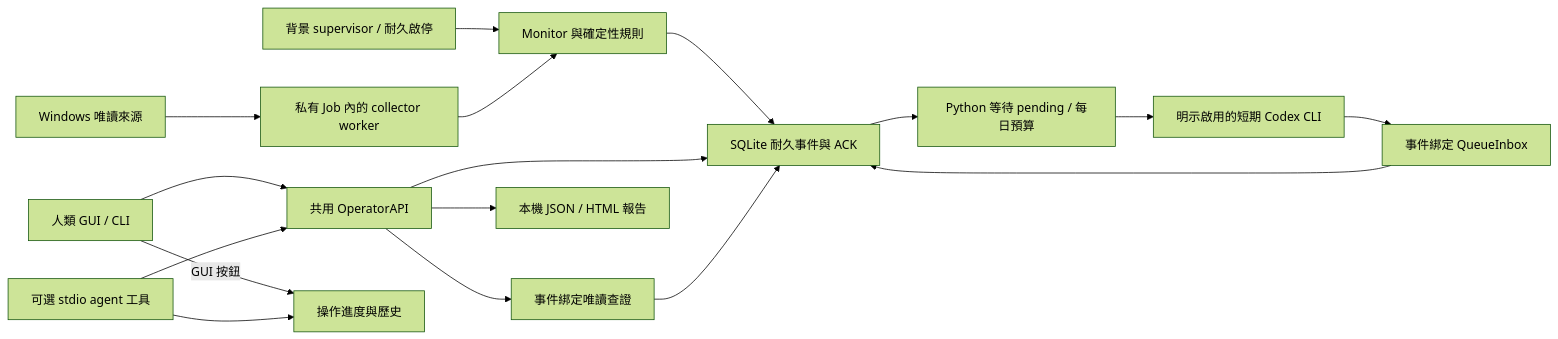
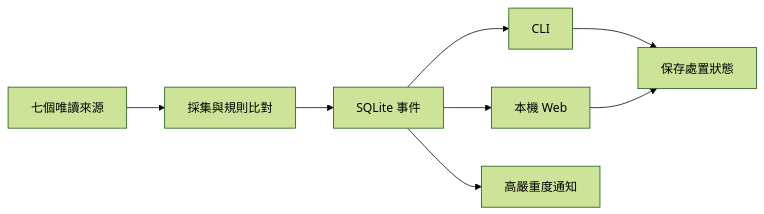
One commit to SecludedCorner/EventGuard changed the diagram in README.md. Above: the diagram before and after it, drawn with Mermaid (forest theme). The commit also changed other lines of this file and 22 other files, not shown here.

````diff
--- a/README.md
+++ b/README.md
@@ -21,19 +23,10 @@
 ```mermaid
 flowchart LR
-    B[背景 supervisor / 耐久啟停] --> M
-    W[Windows 唯讀來源] --> J[私有 Job 內的 collector worker]
-    J --> M[Monitor 與確定性規則]
-    M --> S[SQLite 耐久事件與 ACK]
-    H[人類 GUI / CLI] --> O[共用 OperatorAPI]
-    A[可選 stdio agent 工具] --> O
-    O --> S
-    O --> Q[事件綁定唯讀查證]
-    Q --> S
-    O --> R[本機 JSON / HTML 報告]
-    S --> D[Python 等待 pending / 每日預算]
-    D --> C[明示啟用的短期 Codex CLI]
-    C --> I[事件綁定 QueueInbox]
-    I --> S
-    H -->|GUI 按鈕| L[操作進度與歷史]
-    A --> L
+    W[七個唯讀來源] --> M[採集與規則比對]
+    M --> D[SQLite 事件]
+    D --> C[CLI]
+    D --> U[本機 Web]
+    D --> N[高嚴重度通知]
+    C --> S[保存處置狀態]
+    U --> S
 ```
````
